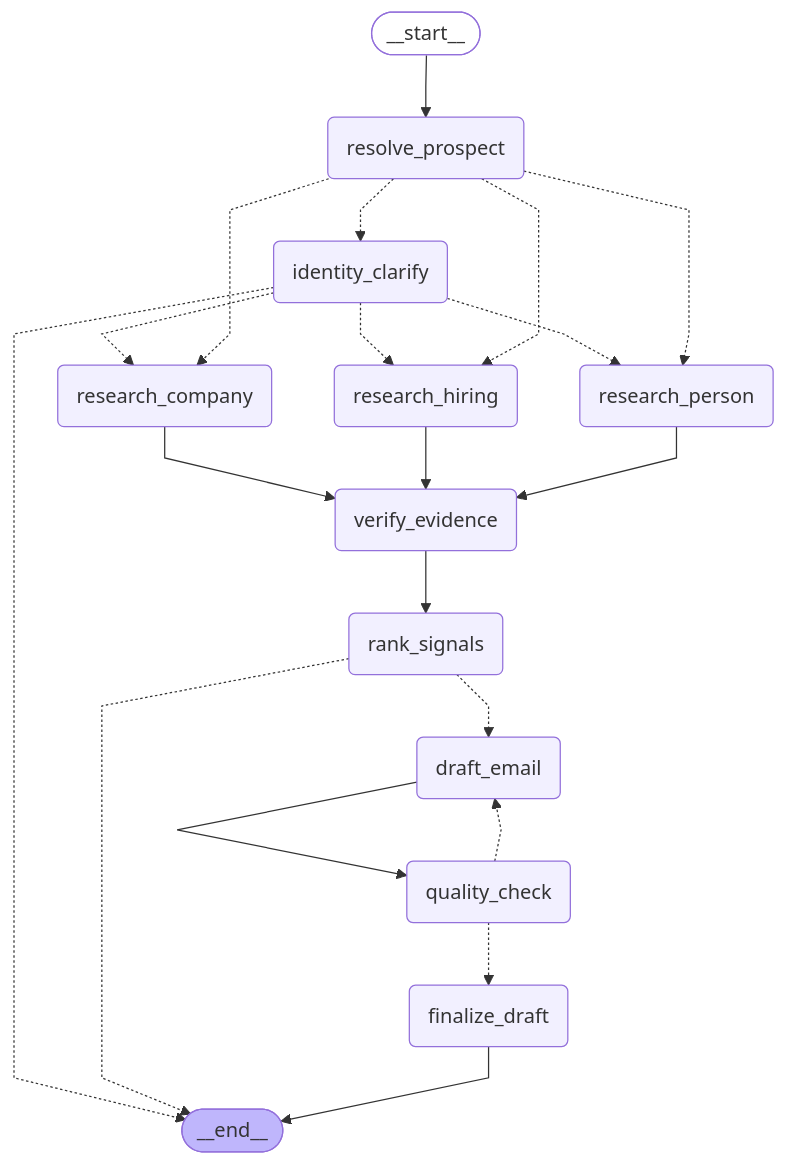
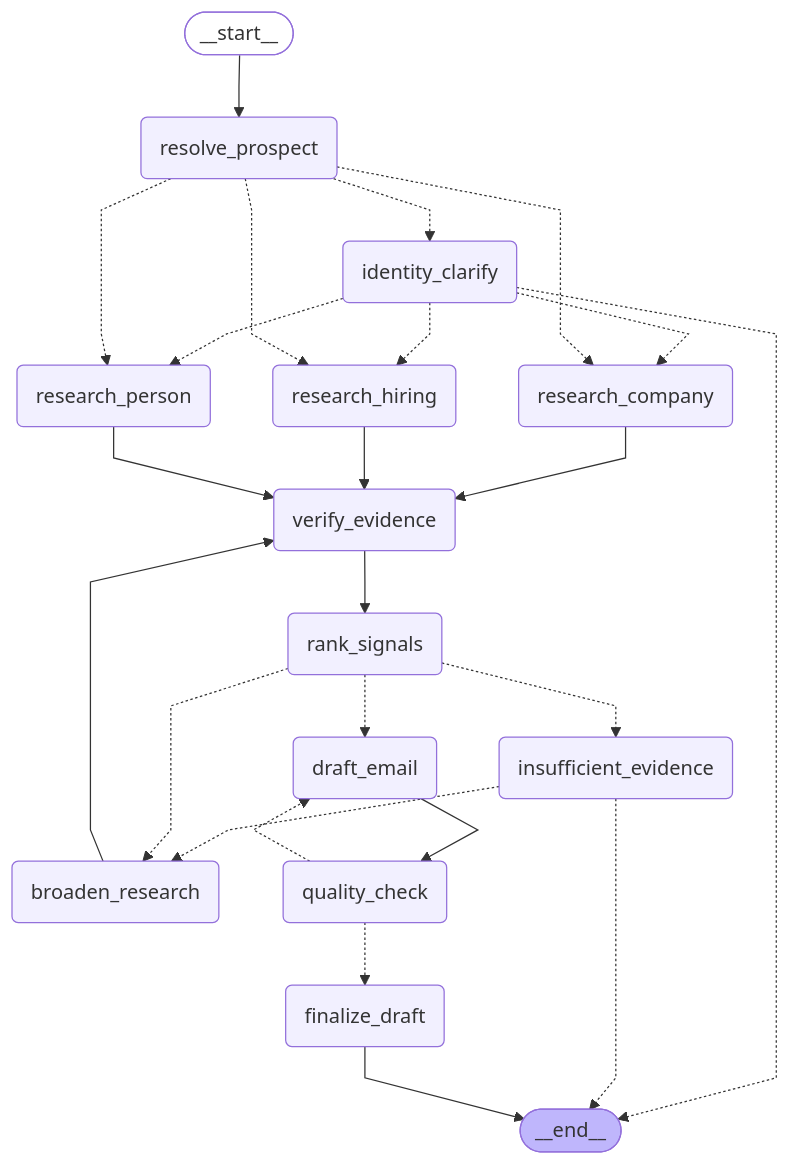
The diagram in docs/graph.mmd (nandiniagrl/Zamp-AI--PS-3), drawn with Mermaid before and after one commit. The commit also changed 13 other files, not shown here.

Commit message:
Phase 9B: insufficient-signal handling (broaden once, pause for context or abstain), credibility host fix

```diff
--- a/docs/graph.mmd
+++ b/docs/graph.mmd
@@ -1,40 +1,46 @@
 ---
 config:
   flowchart:
     curve: linear
 ---
 graph TD;
 	__start__([<p>__start__</p>]):::first
 	resolve_prospect(resolve_prospect)
 	identity_clarify(identity_clarify)
 	research_person(research_person)
 	research_company(research_company)
 	research_hiring(research_hiring)
 	verify_evidence(verify_evidence)
 	rank_signals(rank_signals)
+	broaden_research(broaden_research)
+	insufficient_evidence(insufficient_evidence)
 	draft_email(draft_email)
 	quality_check(quality_check)
 	finalize_draft(finalize_draft)
 	__end__([<p>__end__</p>]):::last
 	__start__ --> resolve_prospect;
+	broaden_research --> verify_evidence;
 	draft_email --> quality_check;
 	identity_clarify -.-> __end__;
 	identity_clarify -.-> research_company;
 	identity_clarify -.-> research_hiring;
 	identity_clarify -.-> research_person;
+	insufficient_evidence -.-> __end__;
+	insufficient_evidence -.-> broaden_research;
 	quality_check -.-> draft_email;
 	quality_check -.-> finalize_draft;
-	rank_signals -.-> __end__;
+	rank_signals -.-> broaden_research;
 	rank_signals -.-> draft_email;
+	rank_signals -.-> insufficient_evidence;
 	research_company --> verify_evidence;
 	research_hiring --> verify_evidence;
 	research_person --> verify_evidence;
 	resolve_prospect -.-> identity_clarify;
 	resolve_prospect -.-> research_company;
 	resolve_prospect -.-> research_hiring;
 	resolve_prospect -.-> research_person;
 	verify_evidence --> rank_signals;
 	finalize_draft --> __end__;
 	classDef default fill:#f2f0ff,line-height:1.2
 	classDef first fill-opacity:0
 	classDef last fill:#bfb6fc
```
